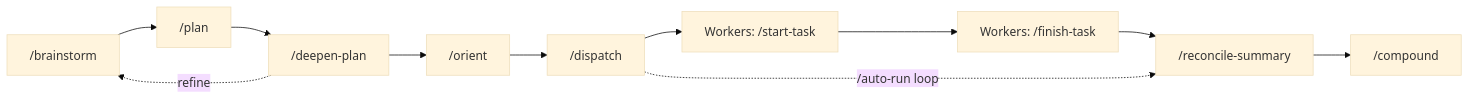
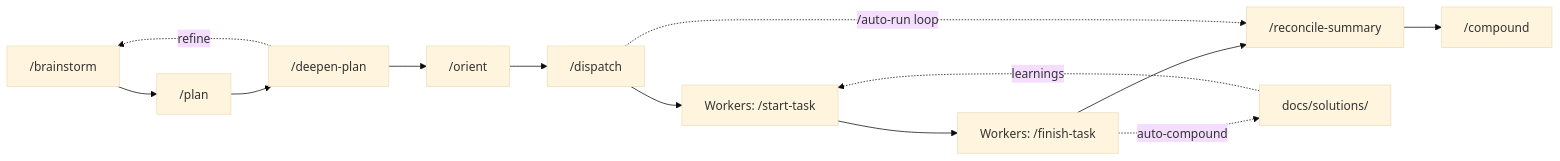
The diagram in README.md (josephneumann/claude-config), drawn with Mermaid (base theme) before and after one commit. The commit also changed other lines of this file and 5 other files, not shown here.

First line of the commit message:
feat: add auto-compound learnings loop and pixel art banner

````diff
--- a/README.md
+++ b/README.md
@@ -63,13 +65,15 @@
 ```mermaid
 graph LR
     A["/brainstorm"] --> B["/plan"]
     B --> C["/deepen-plan"]
     C -.->|"refine"| A
     C --> D["/orient"]
     D --> E["/dispatch"]
     E --> F["Workers: /start-task"]
     F --> G["Workers: /finish-task"]
     G --> H["/reconcile-summary"]
+    G -.->|"auto-compound"| K["docs/solutions/"]
+    K -.->|"learnings"| F
     H --> I["/compound"]
     E -.->|"/auto-run loop"| H
 ```
````
